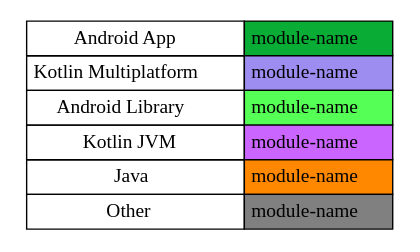
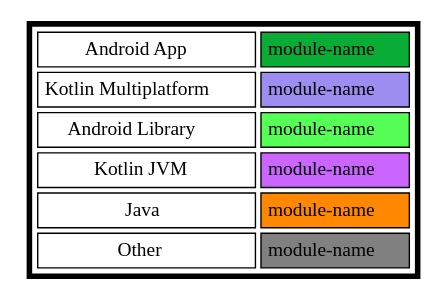
One commit to jonapoul/atlas changed the diagram in sample/modules-legend.dot. Above: the diagram before and after it, drawn with Graphviz. The commit also changed 43 other files, not shown here.

Commit message:
Generate dotfile diagram (#55)

```diff
--- a/sample/modules-legend.dot
+++ b/sample/modules-legend.dot
@@ -1,13 +1,13 @@
-digraph G {
+digraph {
 node [shape=plaintext]
 table1 [label=<
-<TABLE BORDER="0" CELLBORDER="1" CELLSPACING="0" CELLPADDING="4">
+<TABLE BORDER="4" CELLBORDER="1" CELLSPACING="4" CELLPADDING="4">
 <TR><TD>Android App</TD><TD BGCOLOR="#09AD35">module-name</TD></TR>
 <TR><TD>Kotlin Multiplatform</TD><TD BGCOLOR="#9D8DF1">module-name</TD></TR>
 <TR><TD>Android Library</TD><TD BGCOLOR="#55FF55">module-name</TD></TR>
 <TR><TD>Kotlin JVM</TD><TD BGCOLOR="#CA66FF">module-name</TD></TR>
 <TR><TD>Java</TD><TD BGCOLOR="#FF8800">module-name</TD></TR>
 <TR><TD>Other</TD><TD BGCOLOR="#808080">module-name</TD></TR>
 </TABLE>
 >];
 }
```
